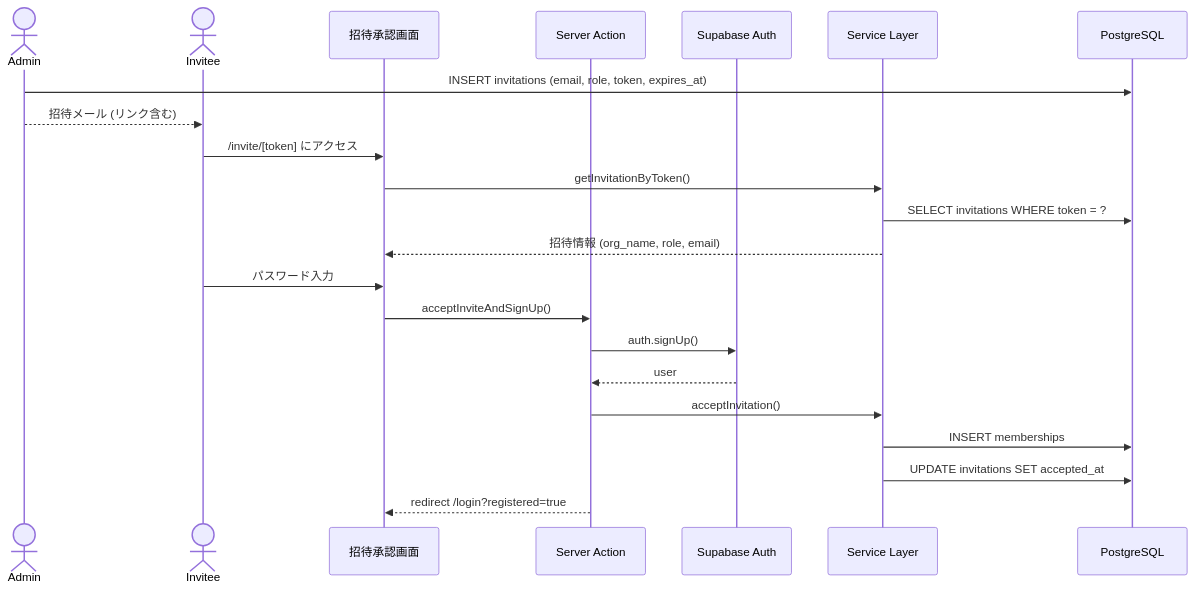
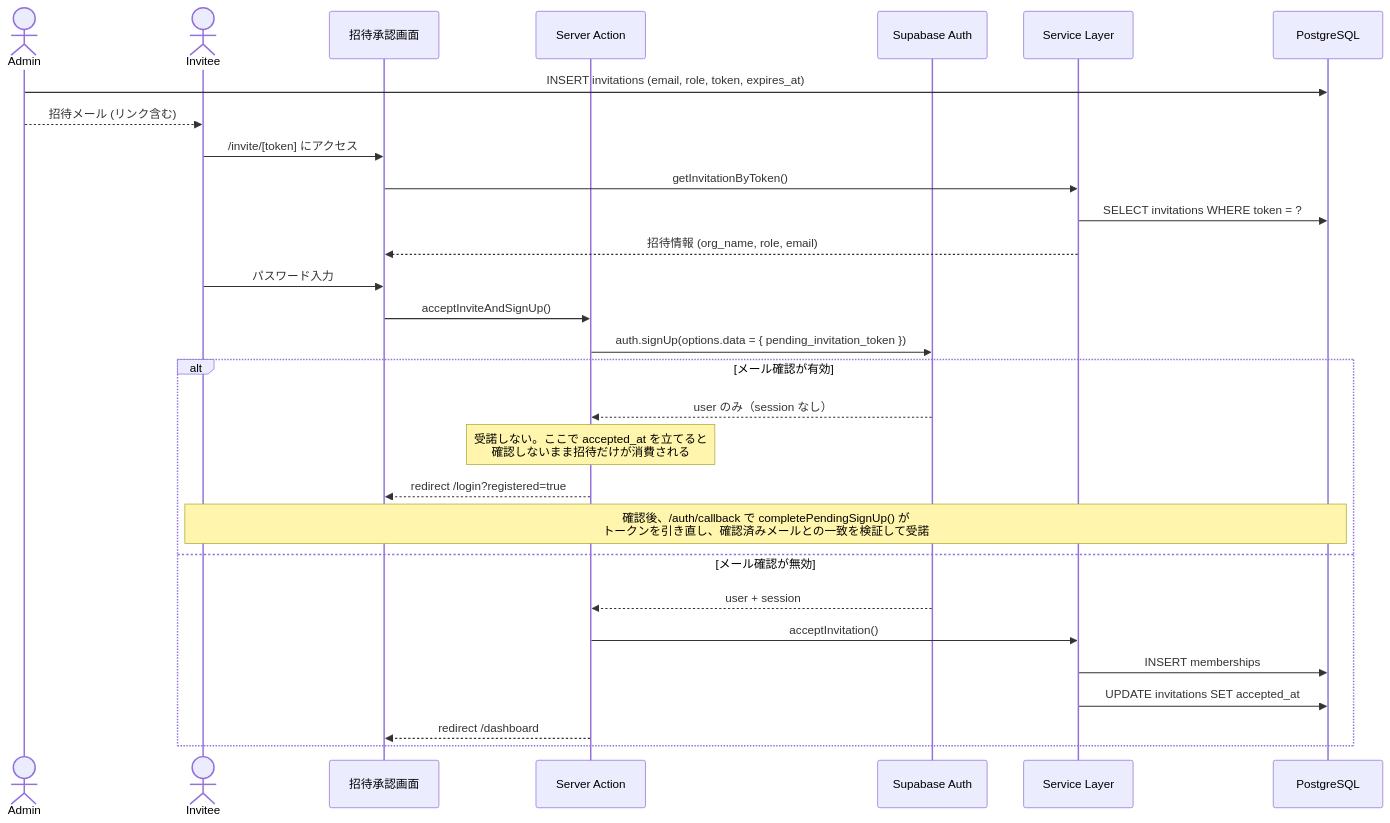
Before and after one commit to TakuyaMiyashita/fondra-hr: the third of 9 diagrams in docs/design/user-flows.md, drawn with Mermaid. The commit also changed other lines of this file and 11 other files, not shown here.

````diff
--- a/docs/design/user-flows.md
+++ b/docs/design/user-flows.md
@@ -65,25 +82,32 @@
 ```mermaid
 sequenceDiagram
     actor Admin
     actor Invitee
     participant UI as 招待承認画面
     participant SA as Server Action
     participant Auth as Supabase Auth
     participant SVC as Service Layer
     participant DB as PostgreSQL
 
     Admin->>DB: INSERT invitations (email, role, token, expires_at)
     Admin-->>Invitee: 招待メール (リンク含む)
     Invitee->>UI: /invite/[token] にアクセス
     UI->>SVC: getInvitationByToken()
     SVC->>DB: SELECT invitations WHERE token = ?
     SVC-->>UI: 招待情報 (org_name, role, email)
     Invitee->>UI: パスワード入力
     UI->>SA: acceptInviteAndSignUp()
-    SA->>Auth: auth.signUp()
-    Auth-->>SA: user
-    SA->>SVC: acceptInvitation()
-    SVC->>DB: INSERT memberships
-    SVC->>DB: UPDATE invitations SET accepted_at
-    SA-->>UI: redirect /login?registered=true
+    SA->>Auth: auth.signUp(options.data = { pending_invitation_token })
+    alt メール確認が有効
+        Auth-->>SA: user のみ（session なし）
+        Note over SA: 受諾しない。ここで accepted_at を立てると<br/>確認しないまま招待だけが消費される
+        SA-->>UI: redirect /login?registered=true
+        Note over Invitee,DB: 確認後、/auth/callback で completePendingSignUp() が<br/>トークンを引き直し、確認済みメールとの一致を検証して受諾
+    else メール確認が無効
+        Auth-->>SA: user + session
+        SA->>SVC: acceptInvitation()
+        SVC->>DB: INSERT memberships
+        SVC->>DB: UPDATE invitations SET accepted_at
+        SA-->>UI: redirect /dashboard
+    end
 ```
````
